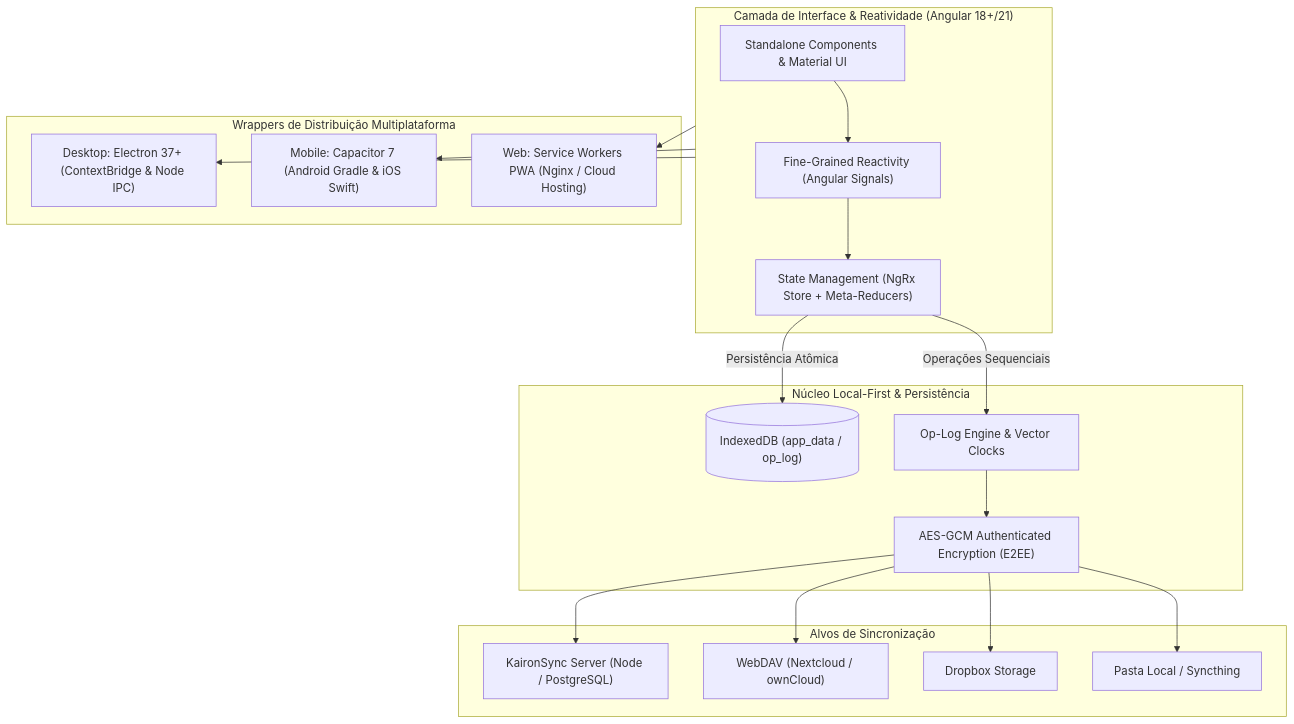
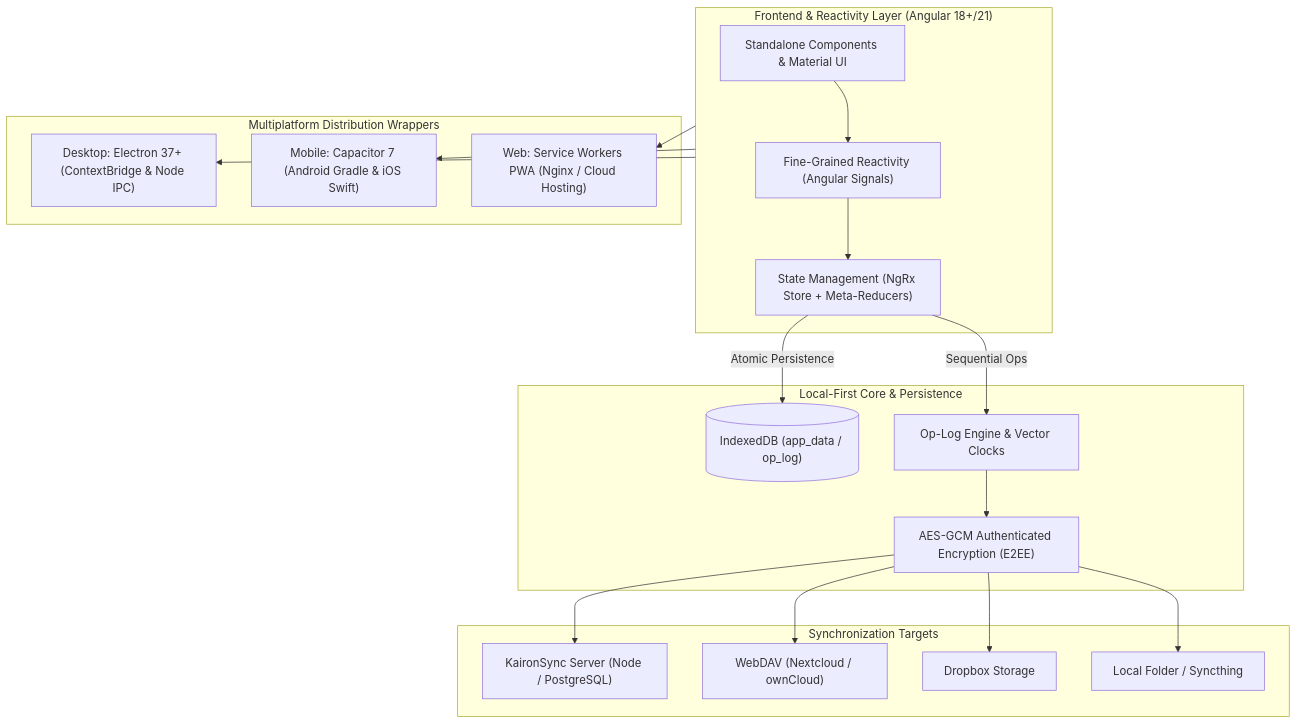
The first of 2 diagrams in README.md (christiansousadev/kairontask), drawn with Mermaid before and after one commit. The commit also changed other lines of this file and 15 other files, not shown here.

Commit message:
docs(architecture): unificar documentacao tecnica em docs, remover auditorias e adicionar readmes bilingues

````diff
--- a/README.md
+++ b/README.md
@@ -116,40 +120,40 @@
 ```mermaid
 graph TD
-  subgraph Frontend["Camada de Interface & Reatividade (Angular 18+/21)"]
+  subgraph Frontend["Frontend & Reactivity Layer (Angular 18+/21)"]
     UI["Standalone Components & Material UI"]
     Signals["Fine-Grained Reactivity (Angular Signals)"]
     Store["State Management (NgRx Store + Meta-Reducers)"]
     UI --> Signals
     Signals --> Store
   end
 
-  subgraph LocalFirst["Núcleo Local-First & Persistência"]
+  subgraph LocalFirst["Local-First Core & Persistence"]
     IDB[("IndexedDB (app_data / op_log)")]
     OpEngine["Op-Log Engine & Vector Clocks"]
     Crypto["AES-GCM Authenticated Encryption (E2EE)"]
-    Store -->|Persistência Atômica| IDB
-    Store -->|Operações Sequenciais| OpEngine
+    Store -->|Atomic Persistence| IDB
+    Store -->|Sequential Ops| OpEngine
     OpEngine --> Crypto
   end
 
-  subgraph Distribuicao["Wrappers de Distribuição Multiplataforma"]
+  subgraph Distribuicao["Multiplatform Distribution Wrappers"]
     Electron["Desktop: Electron 37+ (ContextBridge & Node IPC)"]
     Capacitor["Mobile: Capacitor 7 (Android Gradle & iOS Swift)"]
     PWA["Web: Service Workers PWA (Nginx / Cloud Hosting)"]
   end
 
-  subgraph SyncTargets["Alvos de Sincronização"]
+  subgraph SyncTargets["Synchronization Targets"]
     KaironSync["KaironSync Server (Node / PostgreSQL)"]
     WebDAV["WebDAV (Nextcloud / ownCloud)"]
     Dropbox["Dropbox Storage"]
-    LocalFolder["Pasta Local / Syncthing"]
+    LocalFolder["Local Folder / Syncthing"]
   end
 
   Frontend --> Electron
   Frontend --> Capacitor
   Frontend --> PWA
   Crypto --> KaironSync
   Crypto --> WebDAV
   Crypto --> Dropbox
   Crypto --> LocalFolder
 ```
````
